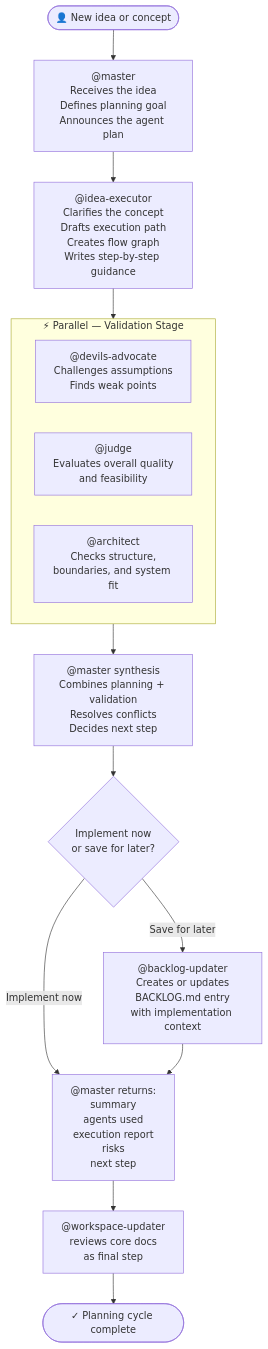
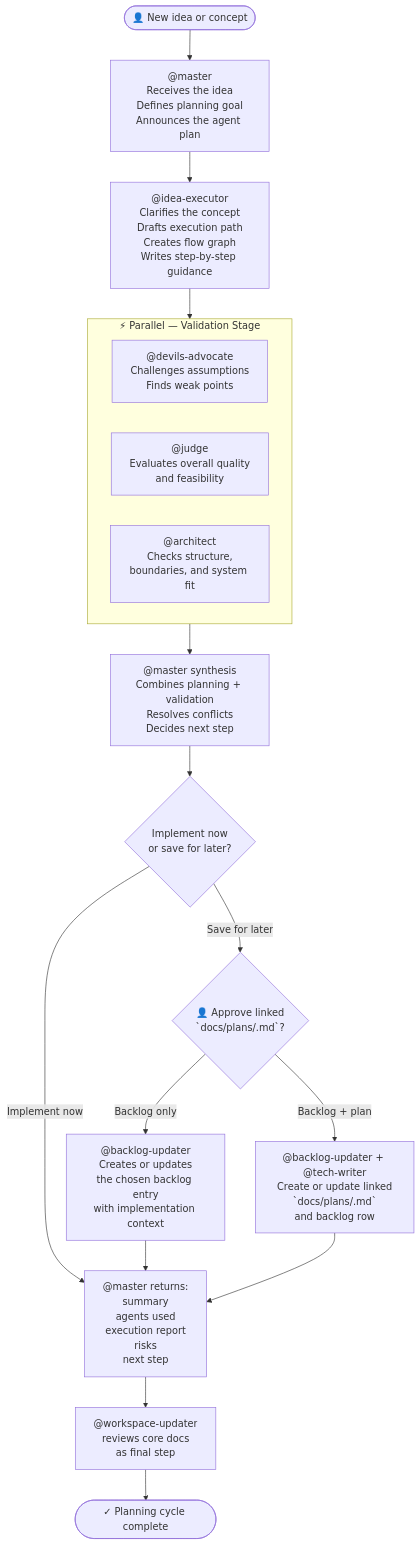
Before and after one commit to Konstantinos-Sakellariou/claude-team-kit: the fourth of 6 diagrams in docs/AGENT_WORKFLOWS.md, drawn with Mermaid. The commit also changed other lines of this file and 19 other files, not shown here.

````diff
--- a/docs/AGENT_WORKFLOWS.md
+++ b/docs/AGENT_WORKFLOWS.md
@@ -269,38 +269,46 @@
 ```mermaid
 flowchart TD
     USER(["👤 New idea or concept"])
     USER --> MASTER
 
     MASTER["@master\nReceives the idea\nDefines planning goal\nAnnounces the agent plan"]
 
     MASTER --> IDEA
 
     IDEA["@idea-executor\nClarifies the concept\nDrafts execution path\nCreates flow graph\nWrites step-by-step guidance"]
 
     IDEA --> STAGE1
 
     subgraph STAGE1 ["⚡ Parallel — Validation Stage"]
         direction LR
         DEVIL["@devils-advocate\nChallenges assumptions\nFinds weak points"]
         JUDGE["@judge\nEvaluates overall quality\nand feasibility"]
         ARCH["@architect\nChecks structure,\nboundaries, and system fit"]
     end
 
     STAGE1 --> SYNTH
 
     SYNTH["@master synthesis\nCombines planning + validation\nResolves conflicts\nDecides next step"]
 
     SYNTH --> DECISION{"Implement now\nor save for later?"}
 
     DECISION -->|"Implement now"| PLAN_DONE
-    DECISION -->|"Save for later"| BACKLOG
+    DECISION -->|"Save for later"| APPROVAL
 
-    BACKLOG["@backlog-updater\nCreates or updates\nBACKLOG.md entry\nwith implementation context"]
+    APPROVAL{"👤 Approve linked\n`docs/plans/<slug>.md`?"}
+
+    APPROVAL -->|"Backlog only"| BACKLOG
+    APPROVAL -->|"Backlog + plan"| PLAN
+
+    BACKLOG["@backlog-updater\nCreates or updates\nthe chosen backlog entry\nwith implementation context"]
+
+    PLAN["@backlog-updater + @tech-writer\nCreate or update linked\n`docs/plans/<slug>.md`\nand backlog row"]
 
     BACKLOG --> PLAN_DONE
+    PLAN --> PLAN_DONE
 
     PLAN_DONE["@master returns:\nsummary\nagents used\nexecution report\nrisks\nnext step"]
 
     PLAN_DONE --> WU["@workspace-updater\nreviews core docs\nas final step"]
     WU --> DONE(["✓ Planning cycle complete"])
 ```
````
